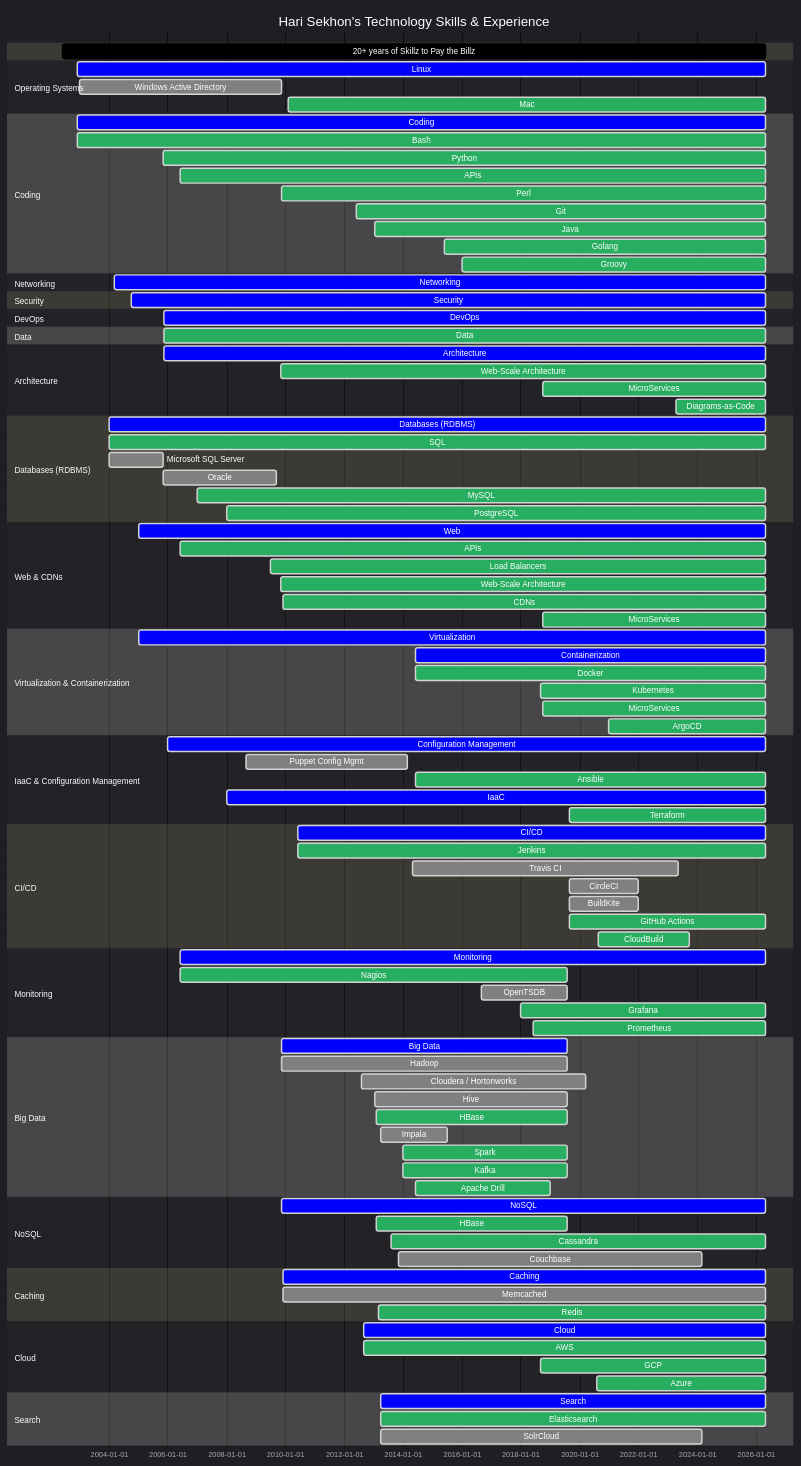
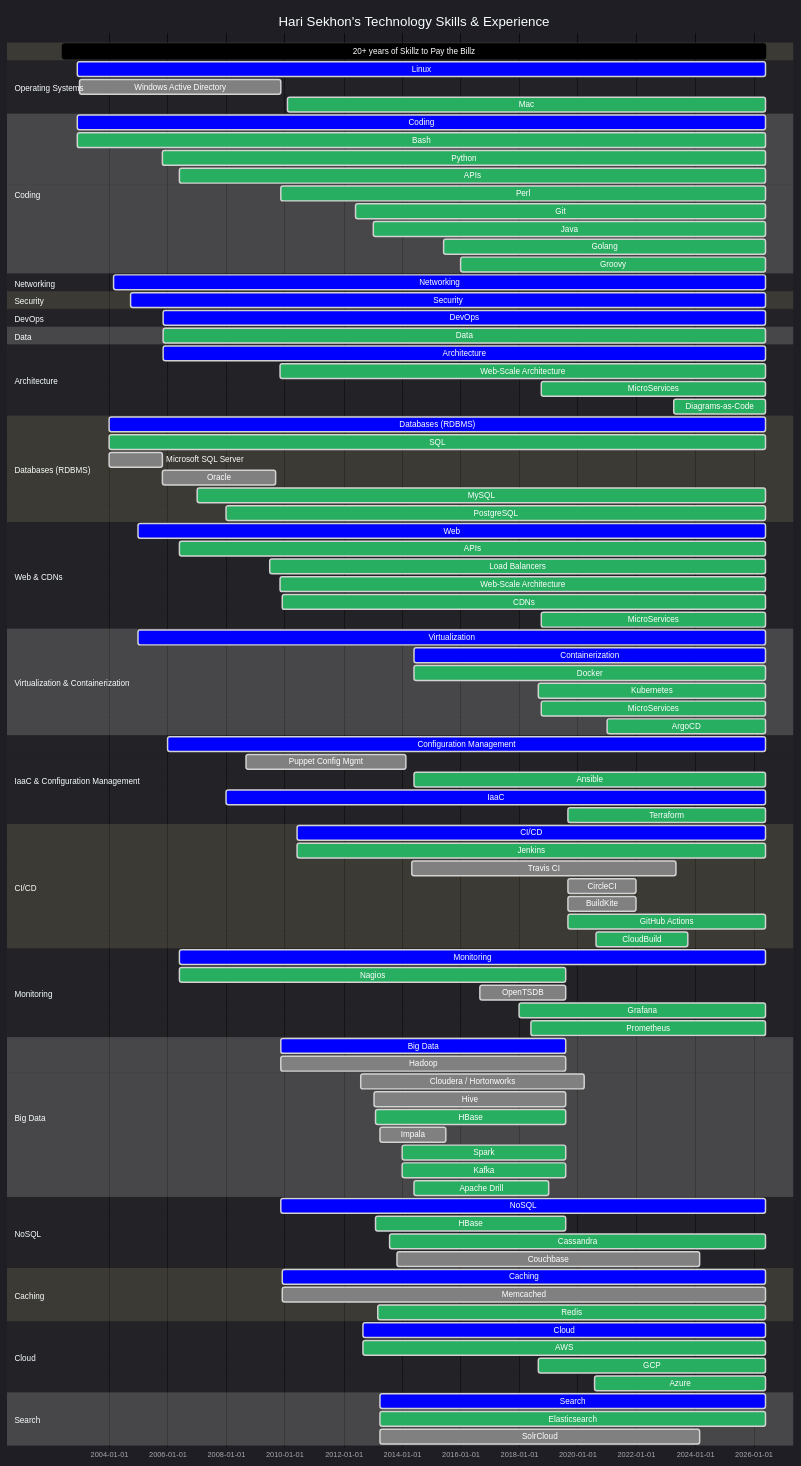
Before and after one commit to HariSekhon/HariSekhon: the second of 2 diagrams in README.md, drawn with Mermaid. The commit also changed other lines of this file, not shown here.

Commit message:
updated profile counters

````diff
--- a/README.md
+++ b/README.md
@@ -1401,129 +1401,129 @@
     title Hari Sekhon's Technology Skills & Experience
     dateFormat  YYYY-MM-DD
 
-    20+ years of Skillz to Pay the Billz : 2002-06-01, 2026-04-30
+    20+ years of Skillz to Pay the Billz : 2002-06-01, 2026-05-30
 
     section Operating Systems
-    Linux                    : crit, 2002-12-01, 2026-04-30
+    Linux                    : crit, 2002-12-01, 2026-05-30
     Windows Active Directory : done, 2003-01-01, 2009-11-10
-    %%Redhat Linux             : active, 2002-12-01, 2026-04-30
-    %%Debian Linux             : active, 2003-01-01, 2026-04-30
+    %%Redhat Linux             : active, 2002-12-01, 2026-05-30
+    %%Debian Linux             : active, 2003-01-01, 2026-05-30
     %%Gentoo Linux             : done, 2004-06-01, 2009-11-10
-    %%Ubuntu Linux             : active, 2006-06-01, 2026-04-30
-    %%Alpine Linux             : done, 2016-01-01, 2026-04-30
-    Mac                      : active, 2010-02-01, 2026-04-30
+    %%Ubuntu Linux             : active, 2006-06-01, 2026-05-30
+    %%Alpine Linux             : done, 2016-01-01, 2026-05-30
+    Mac                      : active, 2010-02-01, 2026-05-30
 
     section Coding
-    Coding                 : crit, 2002-12-01, 2026-04-30
-    Bash                   : active, 2002-12-01, 2026-04-30
-    Python                 : active, 2005-11-01, 2026-04-30
-    APIs                   : active, 2006-06-01, 2026-04-30
+    Coding                 : crit, 2002-12-01, 2026-05-30
+    Bash                   : active, 2002-12-01, 2026-05-30
+    Python                 : active, 2005-11-01, 2026-05-30
+    APIs                   : active, 2006-06-01, 2026-05-30
     %%VBScript               : done, 2005-05-01, 2009-11-01
-    Perl                   : active, 2009-11-13, 2026-04-30
-    Git                    : active, 2012-06-01, 2026-04-30
+    Perl                   : active, 2009-11-13, 2026-05-30
+    Git                    : active, 2012-06-01, 2026-05-30
     %%Ruby                   : done, 2009-11-13, 2013-01-31
-    Java                   : active, 2013-01-13, 2026-04-30
+    Java                   : active, 2013-01-13, 2026-05-30
     %%Jython                 : done, 2013-01-13, 2015-12-31
     %%JRuby                  : done, 2013-03-01, 2013-08-31
     %%Scala                  : done, 2014-01-01, 2015-12-31
-    Golang                 : active, 2015-06-01, 2026-04-30
-    Groovy                 : active, 2016-01-01, 2026-04-30
+    Golang                 : active, 2015-06-01, 2026-05-30
+    Groovy                 : active, 2016-01-01, 2026-05-30
 
     %%section Build Systems
-    %%Make                   : active, 2006-06-01, 2026-04-30
-    %%Maven                  : active, 2013-02-01, 2026-04-30
-    %%SBT                    : active, 2014-01-01, 2026-04-30
-    %%Gradle                 : active, 2014-06-01, 2026-04-30
+    %%Make                   : active, 2006-06-01, 2026-05-30
+    %%Maven                  : active, 2013-02-01, 2026-05-30
+    %%SBT                    : active, 2014-01-01, 2026-05-30
+    %%Gradle                 : active, 2014-06-01, 2026-05-30
 
     %%section Version Control Systems
     %%Subversion             : done, 2005-11-13, 2012-06-01
     %%Mercurial              : done, 2011-06-01, 2013-06-01
-    %%Git                    : active, 2012-06-01, 2026-04-30
-    %%GitHub                 : active, 2012-12-31, 2026-04-30
+    %%Git                    : active, 2012-06-01, 2026-05-30
+    %%GitHub                 : active, 2012-12-31, 2026-05-30
 
     section Networking
-    Networking             : crit, 2004-03-01, 2026-04-30
-    %%VPNs                   : active, 2006-06-01, 2026-04-30
-    %%Cisco - IOS / NX-OS    : done, 2004-03-01, 2026-04-30
+    Networking             : crit, 2004-03-01, 2026-05-30
+    %%VPNs                   : active, 2006-06-01, 2026-05-30
+    %%Cisco - IOS / NX-OS    : done, 2004-03-01, 2026-05-30
     %%Juniper - Netscreen / SSG / SRX / ScreenOS / JunOS : done, 2007-01-01, 2013-01-18
     %%Netgear                : done, 2005-01-01, 2012-12-31
 
     section Load Balancers
 
     section Security
-    Security               : crit, 2004-10-01, 2026-04-30
-    %%Kerberos               : active, 2006-06-01, 2026-04-30
-    %%LDAP                   : active, 2006-06-01, 2026-04-30
+    Security               : crit, 2004-10-01, 2026-05-30
+    %%Kerberos               : active, 2006-06-01, 2026-05-30
+    %%LDAP                   : active, 2006-06-01, 2026-05-30
 
     section DevOps
-    DevOps                   : crit, 2005-11-11, 2026-04-30
+    DevOps                   : crit, 2005-11-11, 2026-05-30
 
     section Data
-    Data                   : active, 2005-11-11, 2026-04-30
-    %%Data Validation        : done, 2006-06-01, 2026-04-30
-    %%Data Science           : done, 2013-01-18, 2026-04-30
+    Data                   : active, 2005-11-11, 2026-05-30
+    %%Data Validation        : done, 2006-06-01, 2026-05-30
+    %%Data Science           : done, 2013-01-18, 2026-05-30
 
     section Architecture
-    Architecture            : crit,   2005-11-11, 2026-04-30
-    Web-Scale Architecture  : active, 2009-11-01, 2026-04-30
-    MicroServices           : active, 2018-10-01, 2026-04-30
-    Diagrams-as-Code        : active, 2023-04-14, 2026-04-30
+    Architecture            : crit,   2005-11-11, 2026-05-30
+    Web-Scale Architecture  : active, 2009-11-01, 2026-05-30
+    MicroServices           : active, 2018-10-01, 2026-05-30
+    Diagrams-as-Code        : active, 2023-04-14, 2026-05-30
 
     section Databases (RDBMS)
-    Databases (RDBMS)      : crit, 2004-01-01, 2026-04-30
-    SQL                    : active, 2004-01-01, 2026-04-30
+    Databases (RDBMS)      : crit, 2004-01-01, 2026-05-30
+    SQL                    : active, 2004-01-01, 2026-05-30
     Microsoft SQL Server   : done, 2004-01-01, 2005-10-31
     Oracle                 : done, 2005-11-01, 2009-09-10
-    MySQL                  : active, 2007-01-01, 2026-04-30
-    PostgreSQL             : active, 2008-01-01, 2026-04-30
+    MySQL                  : active, 2007-01-01, 2026-05-30
+    PostgreSQL             : active, 2008-01-01, 2026-05-30
 
     section Web & CDNs
-    Web                    : crit, 2005-01-01, 2026-04-30
-    APIs                   : active, 2006-06-01, 2026-04-30
+    Web                    : crit, 2005-01-01, 2026-05-30
+    APIs                   : active, 2006-06-01, 2026-05-30
 
-    Load Balancers         : active, 2009-07-01, 2026-04-30
+    Load Balancers         : active, 2009-07-01, 2026-05-30
     %%LVS                    : done, 2009-01-01, 2009-11-11
     %%Foundry - ServerIron XL / 4G : done, 2009-10-13, 2011-11-31
     %%F5 BigIP               : done, 2010-06-01, 2013-01-18
-    %%HAProxy                : active, 2018-04-01, 2026-04-30
-    %%Kong                   : active, 2023-03-01, 2026-04-30
-    %%Traefik                : active, 2023-03-01, 2026-04-30
+    %%HAProxy                : active, 2018-04-01, 2026-05-30
+    %%Kong                   : active, 2023-03-01, 2026-05-30
+    %%Traefik                : active, 2023-03-01, 2026-05-30
 
-    Web-Scale Architecture : active, 2009-11-01, 2026-04-30
-    CDNs                   : active, 2009-12-01, 2026-04-30
+    Web-Scale Architecture : active, 2009-11-01, 2026-05-30
+    CDNs                   : active, 2009-12-01, 2026-05-30
     %%UlraDNS                : done, 2009-11-01, 2012-06-31
     %%Cotendo                : done, 2012-06-01, 2013-01-13
-    %%Cloudflare             : active, 2020-08-20, 2026-04-30
-    MicroServices            : active, 2018-10-01, 2026-04-30
+    %%Cloudflare             : active, 2020-08-20, 2026-05-30
+    MicroServices            : active, 2018-10-01, 2026-05-30
 
     section Virtualization & Containerization
-    Virtualization         : crit, 2005-01-01, 2026-04-30
+    Virtualization         : crit, 2005-01-01, 2026-05-30
     %%VMware ESX, ESXi, VirtualBox : done, 2005-01-01, 2017-02-16
     %%Vagrant                : active, 2013-01-01, 2023-12-31
-    Containerization       : crit, 2014-06-01, 2026-04-30
-    Docker                 : active, 2014-06-01, 2026-04-30
-    Kubernetes             : active, 2018-09-01, 2026-04-30
-    MicroServices          : active, 2018-10-01, 2026-04-30
-    ArgoCD                 : active, 2021-01-01, 2026-04-30
+    Containerization       : crit, 2014-06-01, 2026-05-30
+    Docker                 : active, 2014-06-01, 2026-05-30
+    Kubernetes             : active, 2018-09-01, 2026-05-30
+    MicroServices          : active, 2018-10-01, 2026-05-30
+    ArgoCD                 : active, 2021-01-01, 2026-05-30
 
     section IaaC & Configuration Management
-    Configuration Management :crit, 2006-01-01, 2026-04-30
+    Configuration Management :crit, 2006-01-01, 2026-05-30
     Puppet Config Mgmt     : done, 2008-09-01, 2014-02-18
-    Ansible                : active, 2014-06-01, 2026-04-30
-    IaaC                   :crit, 2008-01-01, 2026-04-30
-    Terraform              :active, 2019-09-01, 2026-04-30
+    Ansible                : active, 2014-06-01, 2026-05-30
+    IaaC                   :crit, 2008-01-01, 2026-05-30
+    Terraform              :active, 2019-09-01, 2026-05-30
     %%Terraform Cloud        : active, 2021-09-01, 2022-09-31
-    %%Kickstart              : active, 2008-01-01, 2026-04-30
-    %%Preseed                : active, 2009-01-01, 2026-04-30
-    %%AutoInstall            : active, 2023-01-01, 2026-04-30
+    %%Kickstart              : active, 2008-01-01, 2026-05-30
+    %%Preseed                : active, 2009-01-01, 2026-05-30
+    %%AutoInstall            : active, 2023-01-01, 2026-05-30
 
     section CI/CD
-    CI/CD                  : crit, 2010-06-01, 2026-04-30
-    Jenkins                : active, 2010-06-01, 2026-04-30
+    CI/CD                  : crit, 2010-06-01, 2026-05-30
+    Jenkins                : active, 2010-06-01, 2026-05-30
     Travis CI              : done, 2014-05-01, 2023-05-08
     CircleCI               : done, 2019-09-01, 2021-12-31
     BuildKite              : done, 2019-09-01, 2021-12-31
-    GitHub Actions         : active, 2019-09-01, 2026-04-30
+    GitHub Actions         : active, 2019-09-01, 2026-05-30
     %%GitLab                 : active, 2019-09-01, 2022-12-31
     %%Azure DevOps           : done, 2019-09-01, 2022-12-31
     %%Bitbucket              : done, 2019-09-01, 2022-12-31
@@ -1532,11 +1532,11 @@
     CloudBuild             : active, 2020-08-20, 2023-09-30
 
     section Monitoring
-    Monitoring             : crit, 2006-06-01, 2026-04-30
+    Monitoring             : crit, 2006-06-01, 2026-05-30
     Nagios                 : active, 2006-06-01, 2019-07-31
     OpenTSDB               : done, 2016-09-01, 2019-07-31
-    Grafana                : active, 2018-01-01, 2026-04-30
-    Prometheus             : active, 2018-06-01, 2026-04-30
+    Grafana                : active, 2018-01-01, 2026-05-30
+    Prometheus             : active, 2018-06-01, 2026-05-30
     %%Pingdom                : done, 2020-08-20, 2023-09-17
     %%Datadog                : done, 2022-08-20, 2023-09-17
 
@@ -1554,28 +1554,28 @@
     Apache Drill           : active, 2014-06-01, 2018-12-31
 
     section NoSQL
-    NoSQL                  : crit, 2009-11-13, 2026-04-30
+    NoSQL                  : crit, 2009-11-13, 2026-05-30
     HBase                  : active, 2013-02-01, 2019-07-31
     %%MongoDB                : done, 2013-06-01, 2013-12-31
-    Cassandra              : active, 2013-08-01, 2026-04-30
+    Cassandra              : active, 2013-08-01, 2026-05-30
     Couchbase              : done, 2013-11-01, 2024-03-01
 
     section Caching
-    Caching                : crit, 2009-11-31, 2026-04-30
-    Memcached              : done, 2009-11-31, 2026-04-30
-    Redis                  : active, 2013-03-01, 2026-04-30
+    Caching                : crit, 2009-11-31, 2026-05-30
+    Memcached              : done, 2009-11-31, 2026-05-30
+    Redis                  : active, 2013-03-01, 2026-05-30
 
     section Cloud
-    Cloud            : crit, 2012-09-01, 2026-04-30
-    AWS              : active, 2012-09-01, 2026-04-30
-    GCP              : active, 2018-09-01, 2026-04-30
-    Azure            : active, 2020-08-01, 2026-04-30
+    Cloud            : crit, 2012-09-01, 2026-05-30
+    AWS              : active, 2012-09-01, 2026-05-30
+    GCP              : active, 2018-09-01, 2026-05-30
+    Azure            : active, 2020-08-01, 2026-05-30
 
     section Search
-    Search                 : crit, 2013-03-31, 2026-04-30
-    Elasticsearch          : active, 2013-03-31, 2026-04-30
-    %%LogStash               : done, 2013-03-31, 2026-04-30
-    %%Fluentd                : crit, 2018-03-31, 2026-04-30
-    %%Kibana                 : crit, 2013-03-31, 2026-04-30
+    Search                 : crit, 2013-03-31, 2026-05-30
+    Elasticsearch          : active, 2013-03-31, 2026-05-30
+    %%LogStash               : done, 2013-03-31, 2026-05-30
+    %%Fluentd                : crit, 2018-03-31, 2026-05-30
+    %%Kibana                 : crit, 2013-03-31, 2026-05-30
     SolrCloud              : done, 2013-04-01, 2024-03-01
 ```
````
